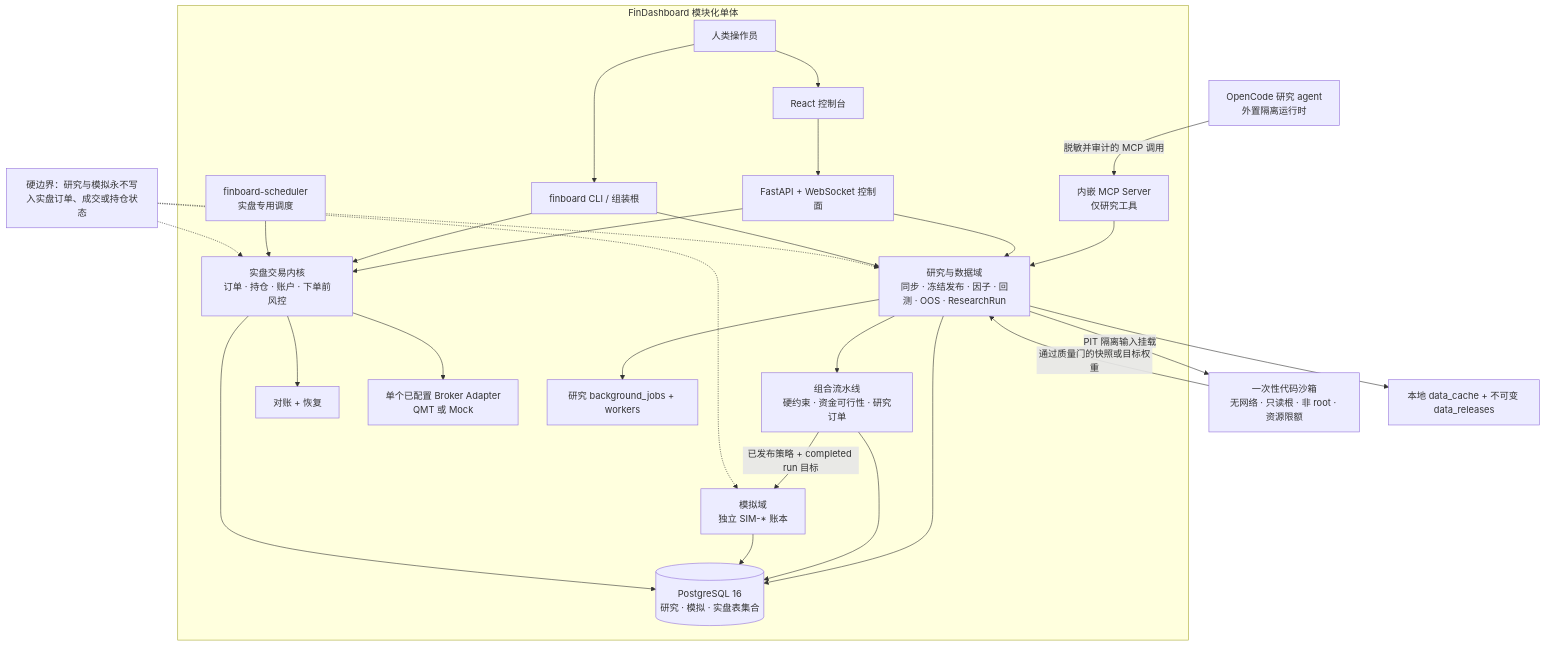
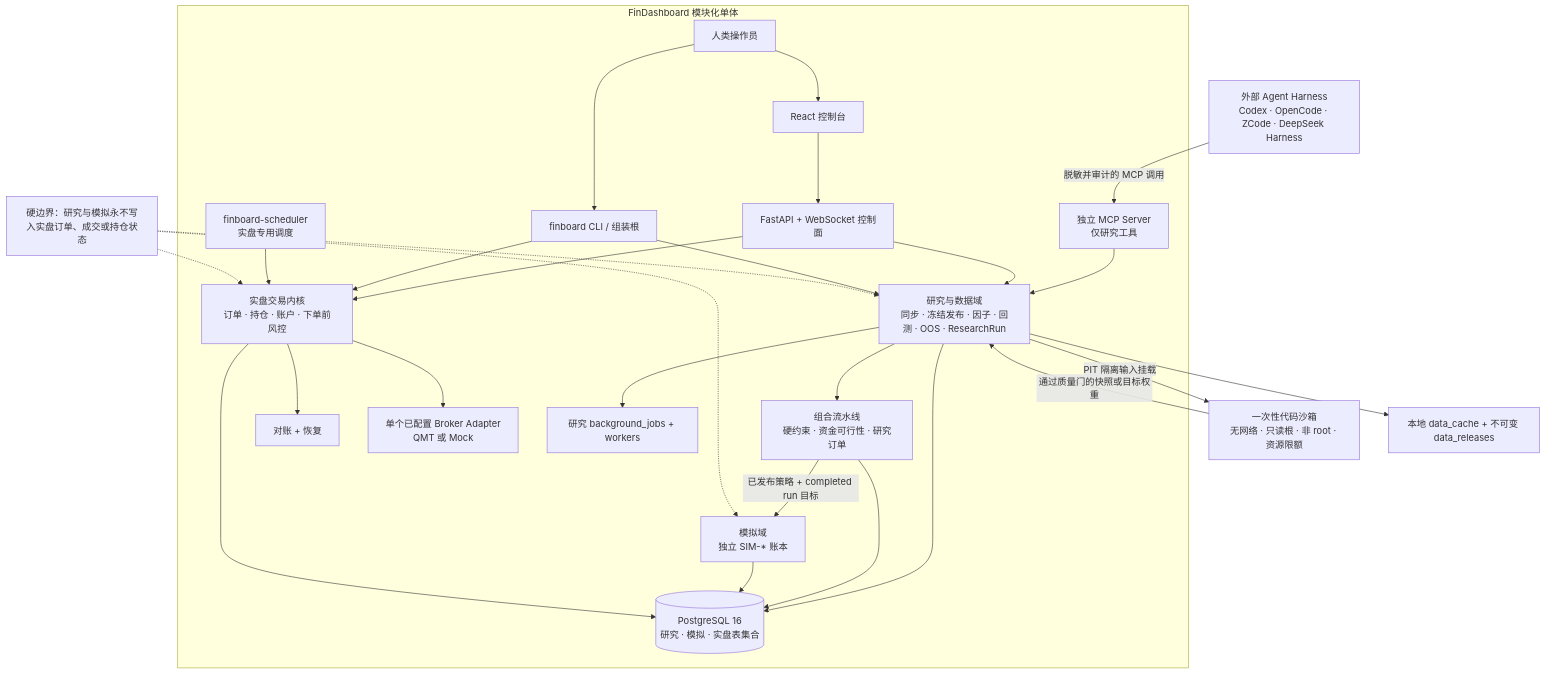
The diagram in README.zh-CN.md (Caspian-Lin/FinDashboard), drawn with Mermaid before and after one commit. The commit also changed other lines of this file and 12 other files, not shown here.

Commit message:
docs: 同步外部 Agent 接入与 OpenCode 退役说明 (#520)

````diff
--- a/README.zh-CN.md
+++ b/README.zh-CN.md
@@ -45,36 +45,36 @@
 ```mermaid
 flowchart TB
     HUMAN["人类操作员"] --> WEB["React 控制台"]
-    AGENT["OpenCode 研究 agent<br/>外置隔离运行时"] -->|"脱敏并审计的 MCP 调用"| MCP
+    AGENT["外部 Agent Harness<br/>Codex · OpenCode · ZCode · DeepSeek Harness"] -->|"脱敏并审计的 MCP 调用"| MCP
 
     subgraph APP["FinDashboard 模块化单体"]
         WEB --> API["FastAPI + WebSocket 控制面"]
         HUMAN --> CLI["finboard CLI / 组装根"]
-        MCP["内嵌 MCP Server<br/>仅研究工具"] --> RESEARCH
+        MCP["独立 MCP Server<br/>仅研究工具"] --> RESEARCH
         API --> RESEARCH["研究与数据域<br/>同步 · 冻结发布 · 因子 · 回测 · OOS · ResearchRun"]
         CLI --> RESEARCH
         RESEARCH --> PORTFOLIO["组合流水线<br/>硬约束 · 资金可行性 · 研究订单"]
         PORTFOLIO -->|"已发布策略 + completed run 目标"| SIM["模拟域<br/>独立 SIM-* 账本"]
 
         API --> LIVE["实盘交易内核<br/>订单 · 持仓 · 账户 · 下单前风控"]
         CLI --> LIVE
         SCHED["finboard-scheduler<br/>实盘专用调度"] --> LIVE
         LIVE --> REC["对账 + 恢复"]
         LIVE --> BROKER["单个已配置 Broker Adapter<br/>QMT 或 Mock"]
 
         RESEARCH --> JOBS["研究 background_jobs + workers"]
         RESEARCH --> PG[("PostgreSQL 16<br/>研究 · 模拟 · 实盘表集合")]
         PORTFOLIO --> PG
         SIM --> PG
         LIVE --> PG
     end
 
     RESEARCH -->|"PIT 隔离输入挂载"| SANDBOX["一次性代码沙箱<br/>无网络 · 只读根 · 非 root · 资源限额"]
     SANDBOX -->|"通过质量门的快照或目标权重"| RESEARCH
     RESEARCH --> FILES["本地 data_cache + 不可变 data_releases"]
 
     GUARD["硬边界：研究与模拟永不写入实盘订单、成交或持仓状态"]
     GUARD -.-> RESEARCH
     GUARD -.-> SIM
     GUARD -.-> LIVE
 ```
````
